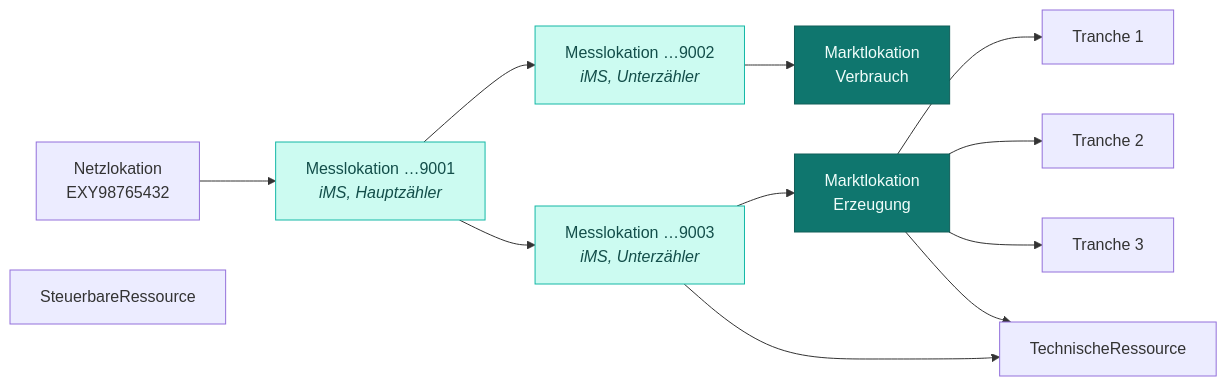
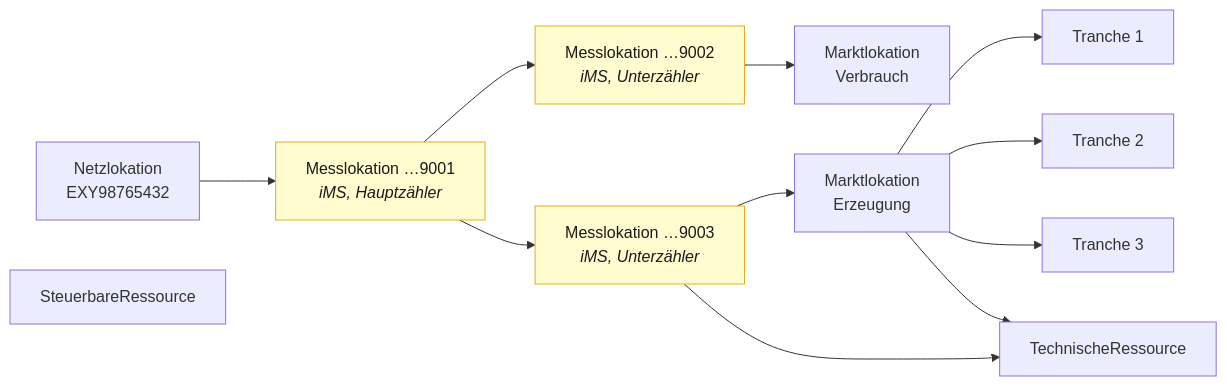
Before and after one commit to engrate/mako-api-referenzentwurf: the third of 3 diagrams in architektur/datenmodell.mdx, drawn with Mermaid. The commit also changed other lines of this file and 15 other files, not shown here.

````diff
--- a/architektur/datenmodell.mdx
+++ b/architektur/datenmodell.mdx
@@ -171,30 +171,28 @@
 ```mermaid
 flowchart LR
     NELO["Netzlokation<br/>EXY98765432"]
     MELO1["Messlokation …9001<br/><i>iMS, Hauptzähler</i>"]
     MELO2["Messlokation …9002<br/><i>iMS, Unterzähler</i>"]
     MELO3["Messlokation …9003<br/><i>iMS, Unterzähler</i>"]
     MALO1["Marktlokation<br/>Verbrauch"]
     MALO2["Marktlokation<br/>Erzeugung"]
     TR["TechnischeRessource"]
     SR["SteuerbareRessource"]
     T1["Tranche 1"]
     T2["Tranche 2"]
     T3["Tranche 3"]
 
     NELO --> MELO1
     MELO1 --> MELO2
     MELO1 --> MELO3
     MELO2 --> MALO1
     MELO3 --> MALO2
     MALO2 --> T1
     MALO2 --> T2
     MALO2 --> T3
     MELO3 --> TR
     MALO2 --> TR
 
-    classDef mess fill:#CCFBF1,stroke:#14B8A6,color:#134E4A
-    classDef markt fill:#0F766E,stroke:#115E59,color:#F0FDFA
-    class MELO1,MELO2,MELO3 mess
-    class MALO1,MALO2 markt
+    classDef kaskade fill:#FFFCD0,stroke:#E5AB22,color:#1A1A1A
+    class MELO1,MELO2,MELO3 kaskade
 ```
````
